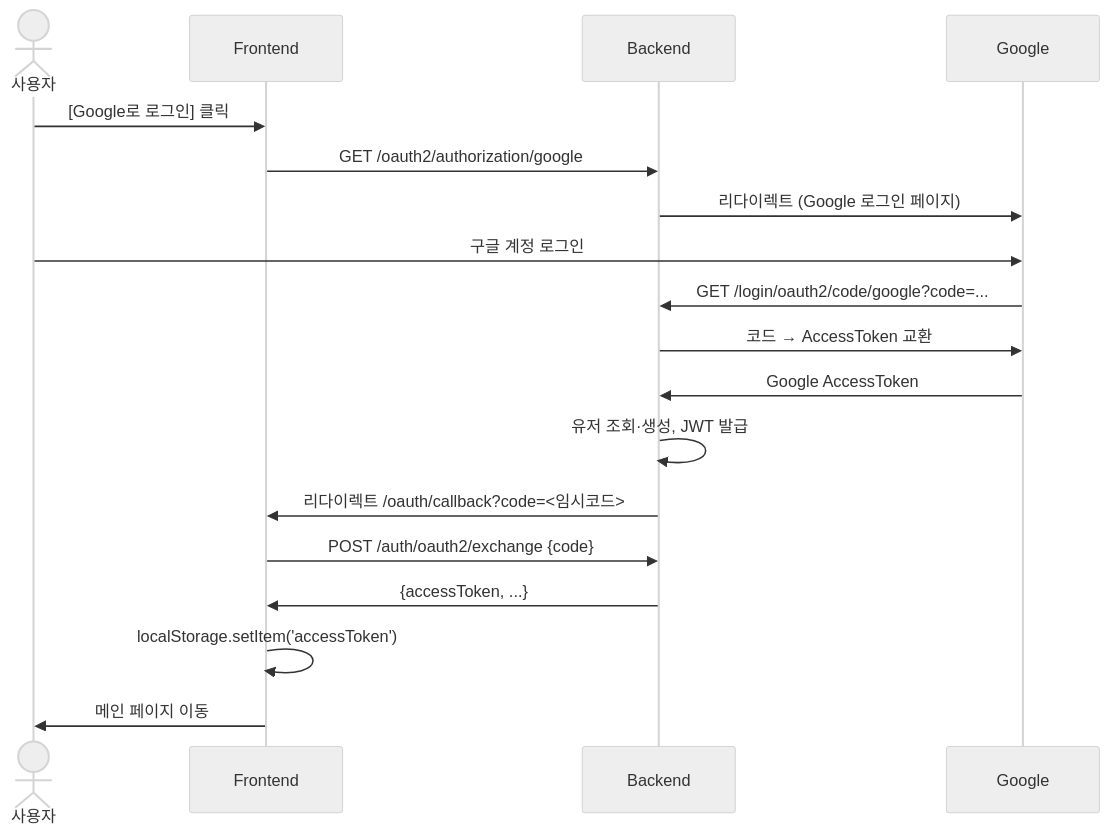
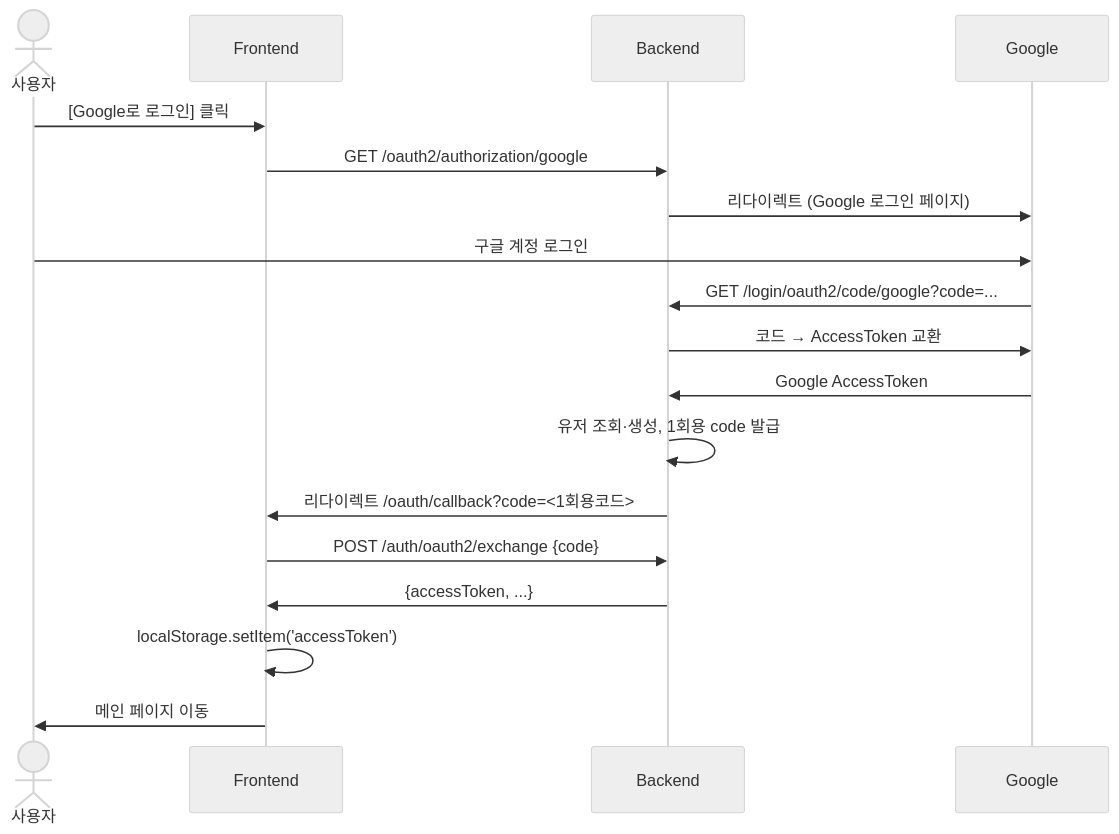
The first of 3 diagrams in docs/시퀀스.md (justicechan1/PetInside), drawn with Mermaid (neutral theme) before and after one commit. The commit also changed other lines of this file and 6 other files, not shown here.

Commit message:
docs: fix hallucinated content across API, ERD, 화면설계, 패키지구조, 외부API연동, 시퀀스, 구독상태전이

````diff
--- a/docs/시퀀스.md
+++ b/docs/시퀀스.md
@@ -8,21 +8,21 @@
 ```mermaid
 sequenceDiagram
     actor U as 사용자
     participant F as Frontend
     participant B as Backend
     participant G as Google
 
     U->>F: [Google로 로그인] 클릭
     F->>B: GET /oauth2/authorization/google
     B->>G: 리다이렉트 (Google 로그인 페이지)
     U->>G: 구글 계정 로그인
     G->>B: GET /login/oauth2/code/google?code=...
     B->>G: 코드 → AccessToken 교환
     G->>B: Google AccessToken
-    B->>B: 유저 조회·생성, JWT 발급
-    B->>F: 리다이렉트 /oauth/callback?code=<임시코드>
+    B->>B: 유저 조회·생성, 1회용 code 발급
+    B->>F: 리다이렉트 /oauth/callback?code=<1회용코드>
     F->>B: POST /auth/oauth2/exchange {code}
     B->>F: {accessToken, ...}
     F->>F: localStorage.setItem('accessToken')
     F->>U: 메인 페이지 이동
 ```
````
